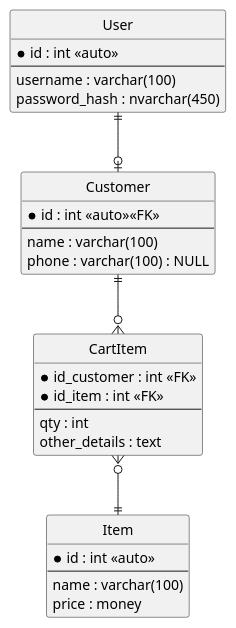
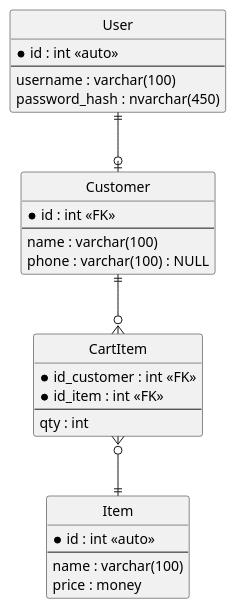
One commit to debayus/planuml changed the diagram in entity relationship diagram.pu. Above: the diagram before and after it, drawn with PlantUML. The commit also changed 1 other file, not shown here.

```diff
--- a/entity relationship diagram.pu
+++ b/entity relationship diagram.pu
@@ -1,39 +1,38 @@
 @startuml sample
 
 hide circle
 skinparam linetype ortho
 
 entity "User" as user {
     *id : int <<auto>>
     --
     username : varchar(100)
     password_hash : nvarchar(450)
 }
 
 entity "Customer" as customer {
-  *id : int <<auto>><<FK>>
+  *id : int <<FK>>
   --
   name : varchar(100)
   phone : varchar(100) : NULL
 }
 
 entity "Item" as item {
   *id : int <<auto>>
   --
   name : varchar(100)
   price : money
 }
 
 entity "CartItem" as cartitem {
   *id_customer : int <<FK>>
   *id_item : int <<FK>>
   --
-  qty : int 
-  other_details : text
+  qty : int
 }
 
 user ||--o| customer
 customer ||--o{ cartitem
 cartitem }o--|| item
 
 @enduml
```
